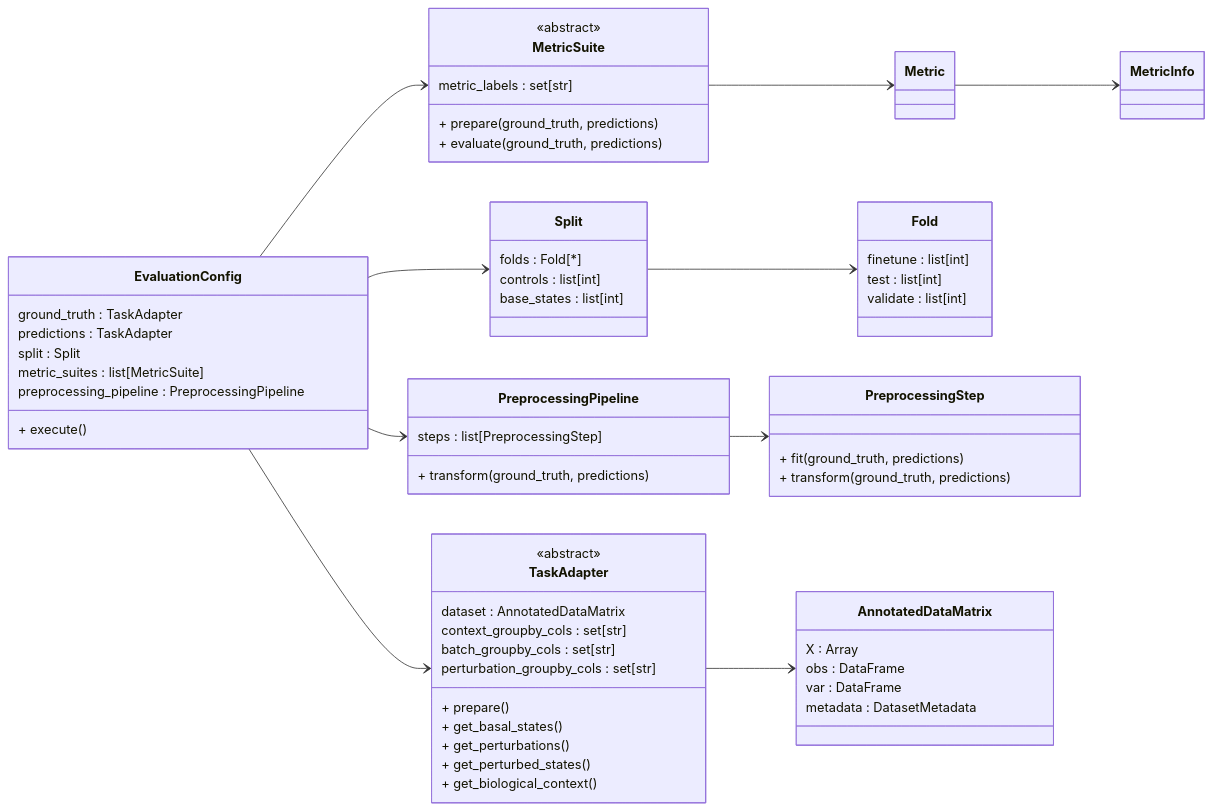
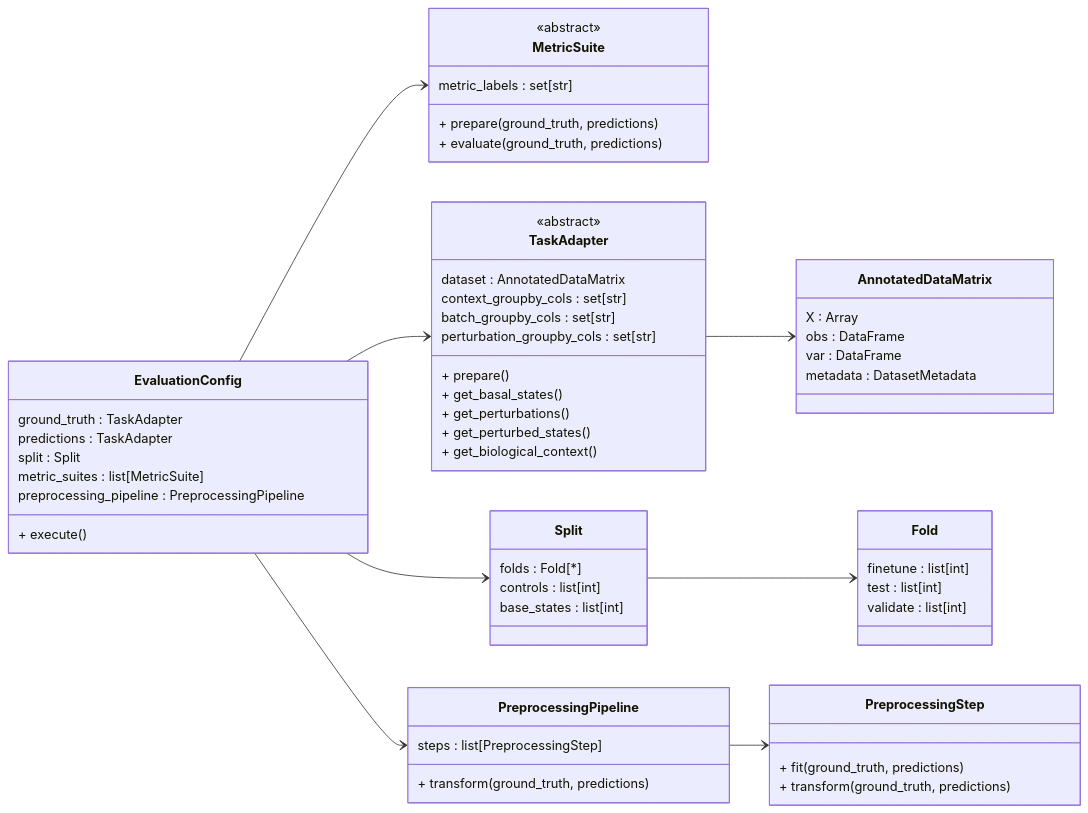
Before and after one commit to ctr26/hooke: the diagram in packages/vcb/README.md, drawn with Mermaid. The commit also changed other lines of this file and 21 other files, not shown here.

First line of the commit message:
Feat: Add a metric suite for phenorescue (#38)

````diff
--- a/packages/vcb/README.md
+++ b/packages/vcb/README.md
@@ -35,70 +35,66 @@
 ```mermaid
 classDiagram
     direction LR
     
     class EvaluationConfig {
         ground_truth : TaskAdapter
         predictions : TaskAdapter
         split : Split
         metric_suites : list[MetricSuite]
         preprocessing_pipeline : PreprocessingPipeline
         + execute()
     }
     class MetricSuite {
         <<abstract>>
         metric_labels : set[str]
         + prepare(ground_truth, predictions)
         + evaluate(ground_truth, predictions)
     }
-    class Metric
-    class MetricInfo
     class TaskAdapter {
         <<abstract>>
         dataset : AnnotatedDataMatrix
         context_groupby_cols : set[str]
         batch_groupby_cols : set[str]
         perturbation_groupby_cols : set[str]
         + prepare()
         + get_basal_states()
         + get_perturbations()
         + get_perturbed_states()
         + get_biological_context()
     }
     class Split {
         folds : Fold[*]
         controls : list[int]
         base_states : list[int]
     }
     class Fold {
         finetune : list[int]
         test : list[int]
         validate : list[int]
     }
     class PreprocessingPipeline {
         steps : list[PreprocessingStep]
         + transform(ground_truth, predictions)
     }
     class PreprocessingStep {
         + fit(ground_truth, predictions)
         + transform(ground_truth, predictions)
     }
     class AnnotatedDataMatrix {
         X : Array
         obs : DataFrame
         var : DataFrame
         metadata : DatasetMetadata
     }
     
     %% Relationships
     
     EvaluationConfig --> TaskAdapter
     EvaluationConfig --> Split
     EvaluationConfig --> MetricSuite
     EvaluationConfig --> PreprocessingPipeline
     
-    MetricSuite --> Metric
-    Metric --> MetricInfo 
     Split --> Fold
     PreprocessingPipeline  --> PreprocessingStep
     TaskAdapter --> AnnotatedDataMatrix    
 ```
````
